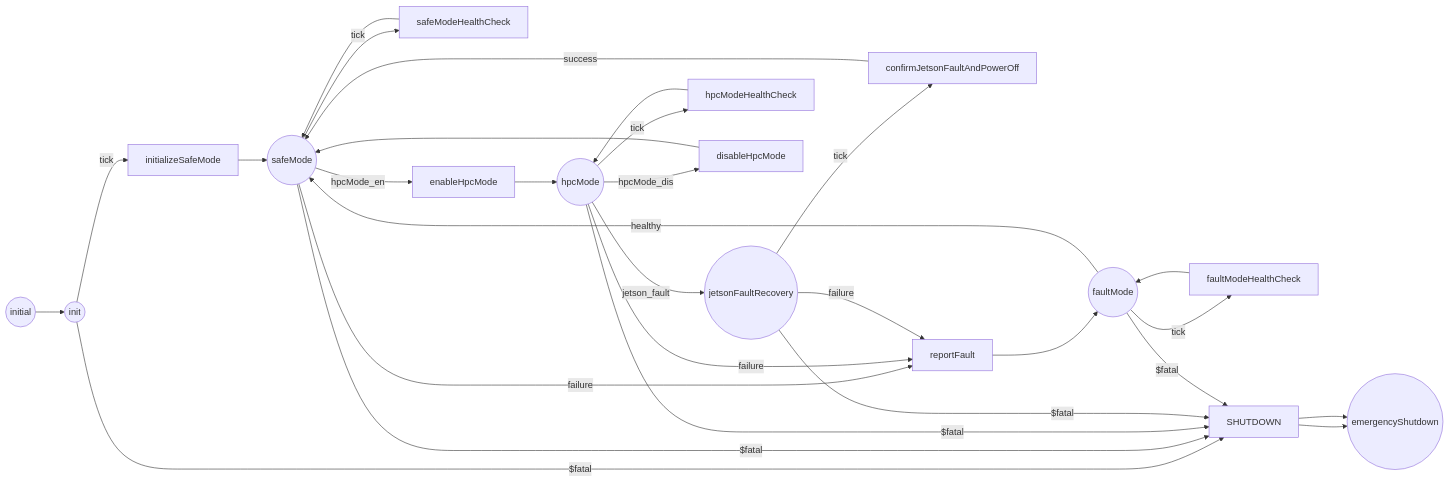
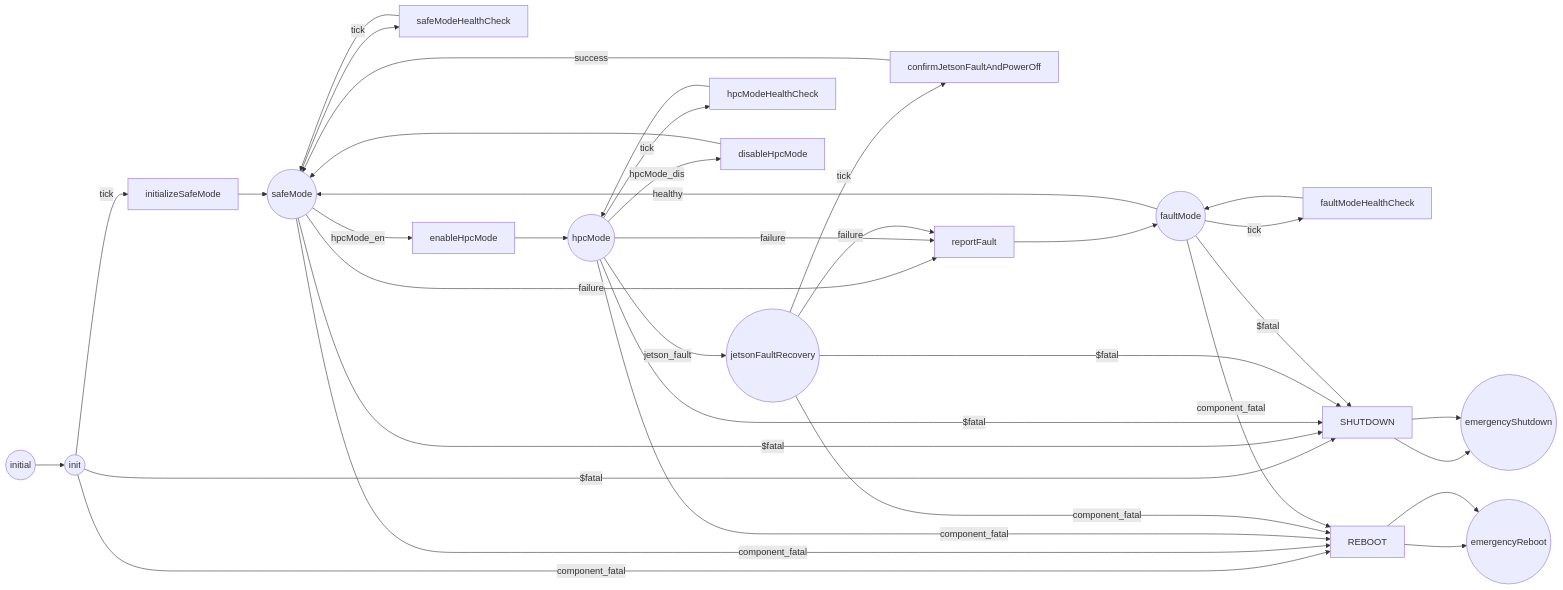
The first of 8 diagrams in scales/scalesSvc/FPManager/docs/sdd.md (BroncoSpace-Lab/fprime-scales), drawn with Mermaid before and after one commit. The commit also changed other lines of this file and 49 other files, not shown here.

````diff
--- a/scales/scalesSvc/FPManager/docs/sdd.md
+++ b/scales/scalesSvc/FPManager/docs/sdd.md
@@ -198,45 +276,53 @@
 ```mermaid
 flowchart LR
     start((initial))
     init((init))
     safe((safeMode))
     hpc((hpcMode))
     jetson((jetsonFaultRecovery))
     fault((faultMode))
     emergency((emergencyShutdown))
+    reboot((emergencyReboot))
 
     initSafe[initializeSafeMode]
     safeCheck[safeModeHealthCheck]
     hpcCheck[hpcModeHealthCheck]
     enable[enableHpcMode]
     disable[disableHpcMode]
     confirm[confirmJetsonFaultAndPowerOff]
     report[reportFault]
     faultCheck[faultModeHealthCheck]
     shutdown[SHUTDOWN]
+    rebootAction[REBOOT]
 
     start --> init
     init -->|tick| initSafe --> safe
     init -->|"$fatal"| shutdown --> emergency
+    init -->|component_fatal| rebootAction --> reboot
 
     safe -->|tick| safeCheck --> safe
     safe -->|hpcMode_en| enable --> hpc
     safe -->|failure| report --> fault
     safe -->|"$fatal"| shutdown
+    safe -->|component_fatal| rebootAction
 
     hpc -->|tick| hpcCheck --> hpc
     hpc -->|hpcMode_dis| disable --> safe
     hpc -->|jetson_fault| jetson
     hpc -->|failure| report
     hpc -->|"$fatal"| shutdown
+    hpc -->|component_fatal| rebootAction
 
     jetson -->|tick| confirm -->|success| safe
     jetson -->|failure| report
     jetson -->|"$fatal"| shutdown
+    jetson -->|component_fatal| rebootAction
 
     fault -->|tick| faultCheck --> fault
     fault -->|healthy| safe
     fault -->|"$fatal"| shutdown
+    fault -->|component_fatal| rebootAction
 
     shutdown --> emergency
+    rebootAction --> reboot
 ```
````
